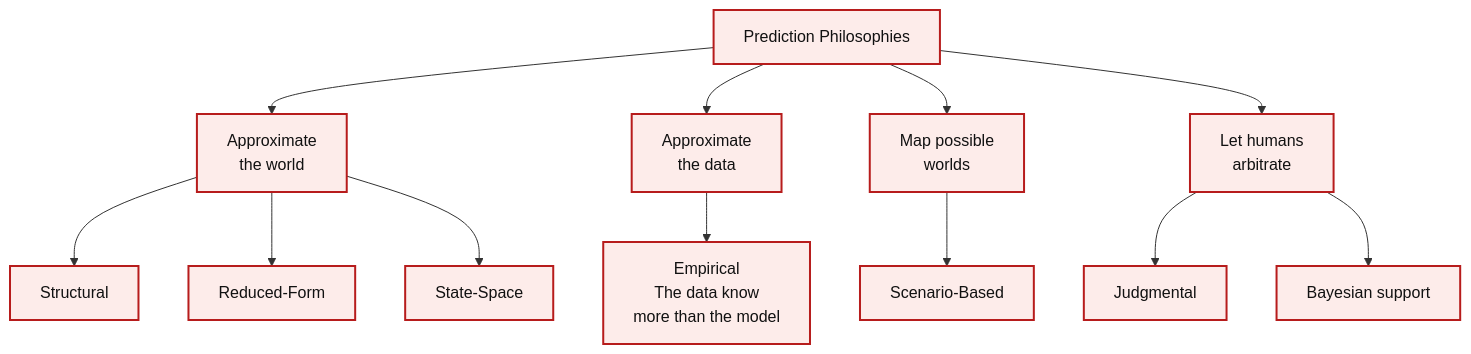
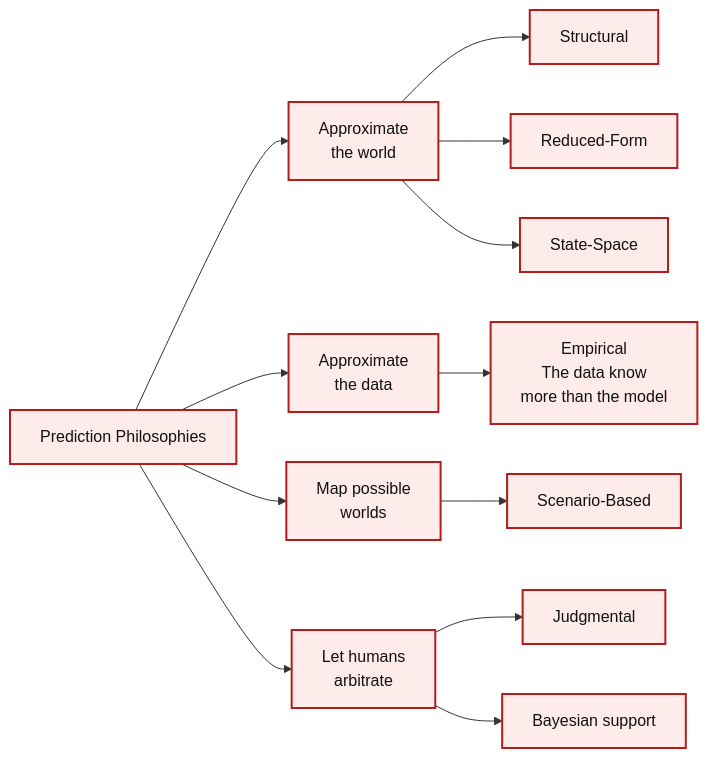
The diagram in articles-posts/predictive-model-evaluation-framework.md (Tellusant/docs), drawn with Mermaid before and after one commit.

```diff
--- a/articles-posts/predictive-model-evaluation-framework.md
+++ b/articles-posts/predictive-model-evaluation-framework.md
@@ -26,42 +26,42 @@
 <div class="mermaid">
 
-flowchart TD
+flowchart LR
 
 %% ========= NODES =========
 P["Prediction Philosophies"]:::risk
 
 AW["Approximate<br/>the world"]:::risk
 AD["Approximate<br/>the data"]:::risk
 PW["Map possible<br/>worlds"]:::risk
 HA["Let humans<br/>arbitrate"]:::risk
 
 EMP["Empirical<br/>The data know<br/>more than the model"]:::risk
 STR["Structural"]:::risk
 RED["Reduced-Form"]:::risk
 STA["State-Space"]:::risk
 SCE["Scenario-Based"]:::risk
 JUD["Judgmental"]:::risk
 BAY["Bayesian support"]:::risk
 
 %% ========= RELATIONSHIPS =========
 P --> AW
 P --> AD
 P --> PW
 P --> HA
 AW --> STR
 AW --> RED
 AW --> STA
 AD --> EMP
 PW --> SCE
 HA --> JUD
 HA --> BAY
 
 %% ========= STYLES =========
 classDef strong  fill:#E8F5E9,stroke:#1B5E20,stroke-width:2px,color:#111;
 classDef neutral fill:#E3F2FD,stroke:#0D47A1,stroke-width:2px,color:#111;
 classDef mixed   fill:#FFF8E1,stroke:#FF6F00,stroke-width:2px,color:#111;
 classDef risk    fill:#FDECEA,stroke:#B71C1C,stroke-width:2px,color:#111;
 classDef summary fill:#F5F5F5,stroke:#424242,stroke-width:2px,color:#111;
 classDef anchor fill:transparent,stroke:transparent;
 
 </div>
```
